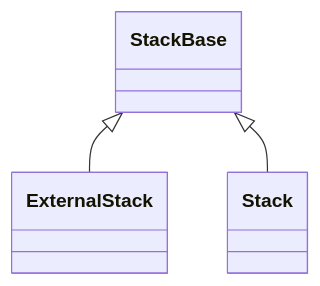
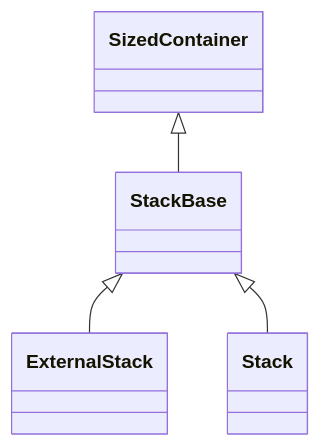
Before and after one commit to nasa/fprime: the first of 4 diagrams in Fw/DataStructures/docs/sdd.md, drawn with Mermaid. The commit also changed other lines of this file, not shown here.

````diff
--- a/Fw/DataStructures/docs/sdd.md
+++ b/Fw/DataStructures/docs/sdd.md
@@ -59,5 +59,6 @@
 ```mermaid
 classDiagram
+    SizedContainer <|-- StackBase
     StackBase <|-- ExternalStack
     StackBase <|-- Stack
 ```
````
